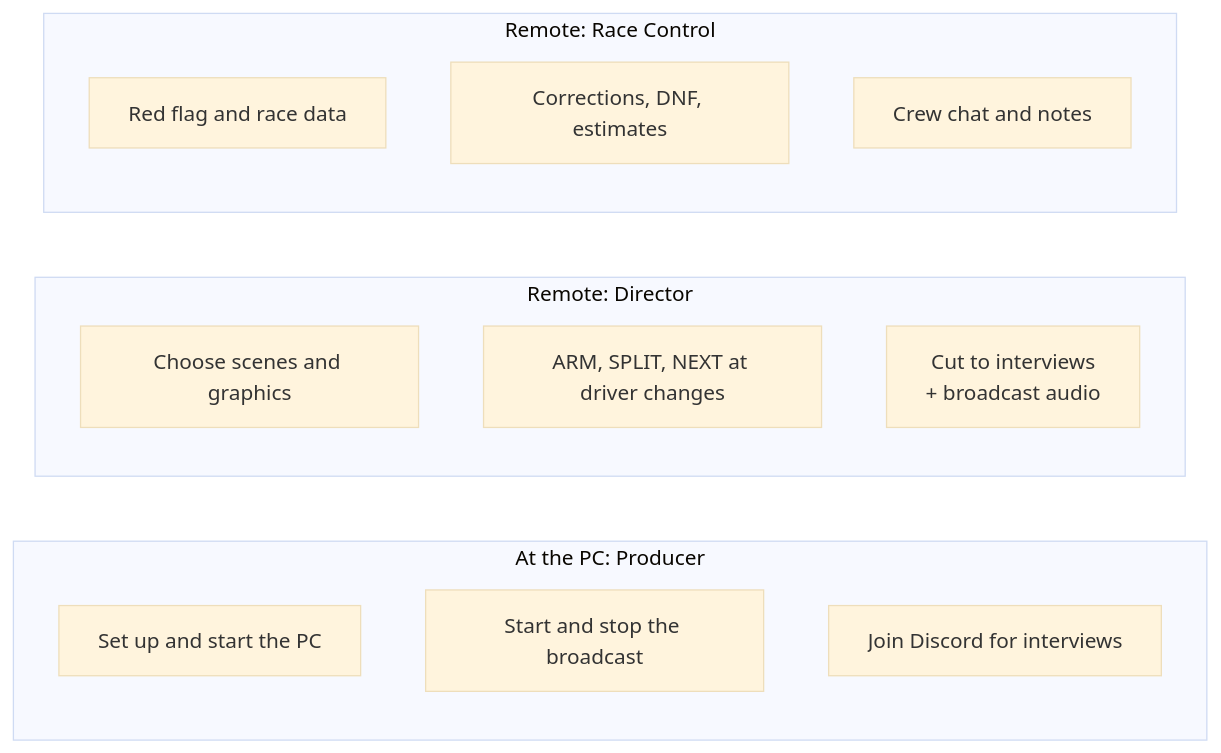
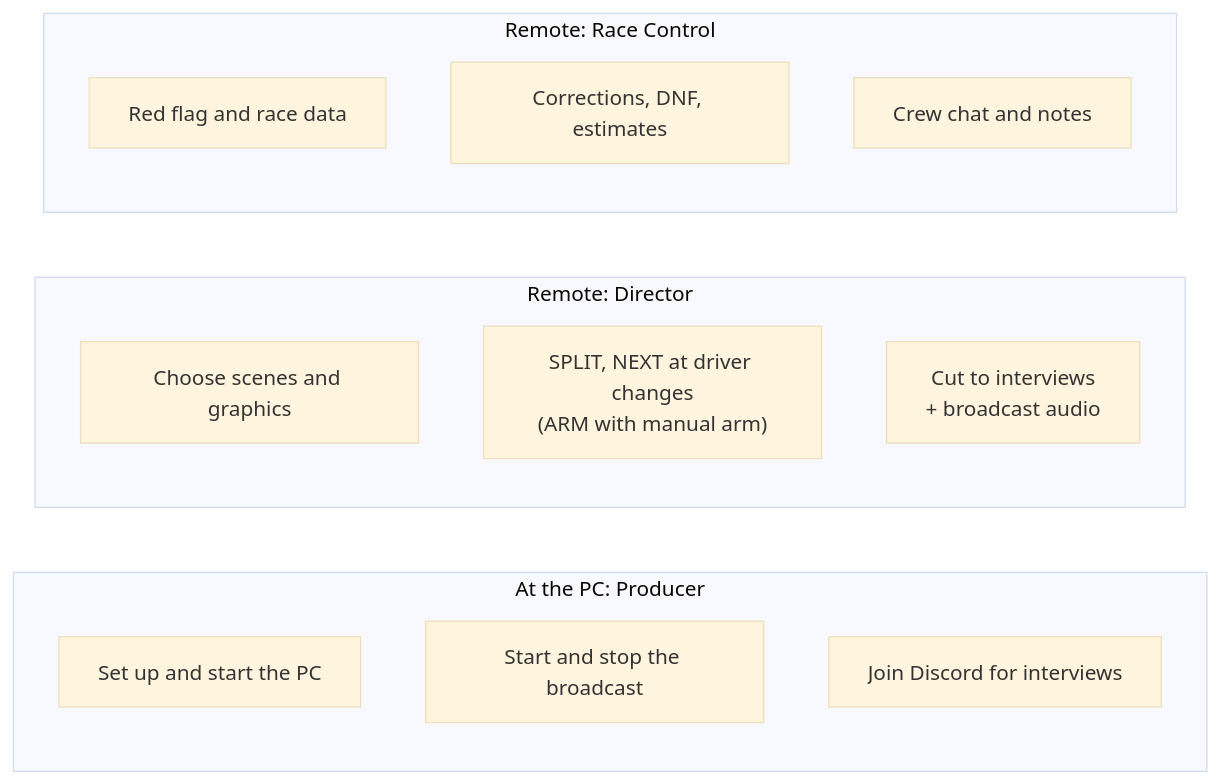
The diagram in src/docs/wiki/Who-does-what.md (jegr78/gt-racing-broadcast), drawn with Mermaid (base theme) before and after one commit. The commit also changed other lines of this file and 47 other files, not shown here.

````diff
--- a/src/docs/wiki/Who-does-what.md
+++ b/src/docs/wiki/Who-does-what.md
@@ -11,18 +11,18 @@
 ```mermaid
 flowchart LR
   subgraph P["At the PC: Producer"]
     P1["Set up and start the PC"]
     P2["Start and stop the broadcast"]
     P3["Join Discord for interviews"]
   end
   subgraph D["Remote: Director"]
     D1["Choose scenes and graphics"]
-    D2["ARM, SPLIT, NEXT at driver changes"]
+    D2["SPLIT, NEXT at driver changes<br/>(ARM with manual arm)"]
     D3["Cut to interviews<br/>+ broadcast audio"]
   end
   subgraph RC["Remote: Race Control"]
     RC1["Red flag and race data"]
     RC2["Corrections, DNF, estimates"]
     RC3["Crew chat and notes"]
   end
 ```
````
